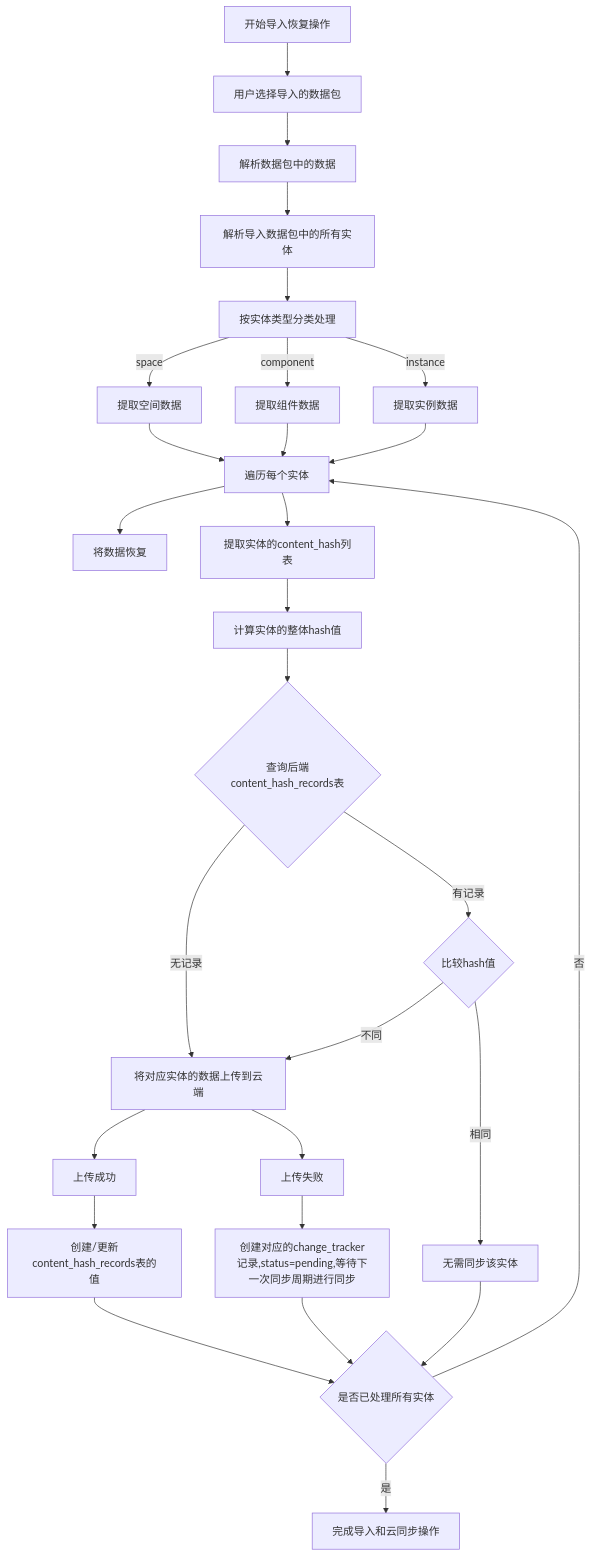
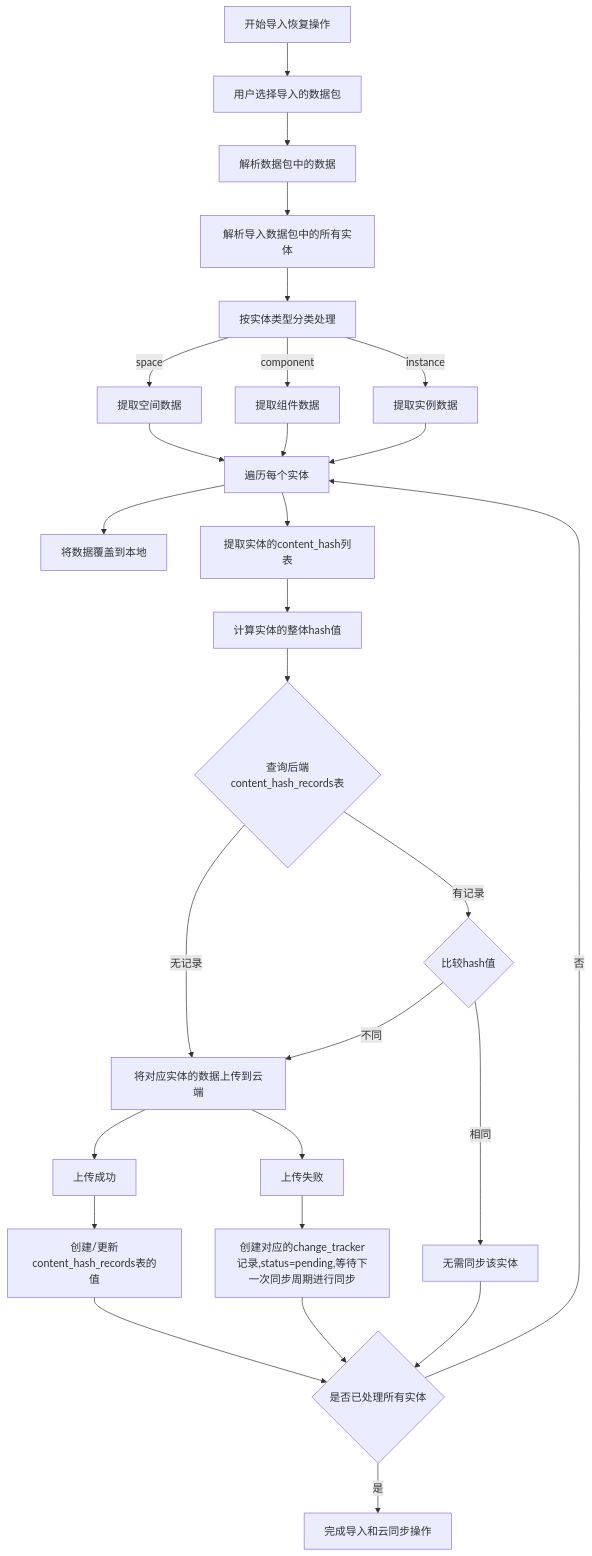
One commit to yingjianzh/iodraw-files changed the diagram in all/未命名-45.md. Above: the diagram before and after it, drawn with Mermaid.

Commit message:
2025-04-27 18:02:20 update

````diff
--- a/all/未命名-45.md
+++ b/all/未命名-45.md
@@ -1,44 +1,44 @@
 ```mermaid
 
 flowchart TD
     A[开始导入恢复操作] --> B[用户选择导入的数据包]
     B --> C[解析数据包中的数据]
     
     C --> D[解析导入数据包中的所有实体]
     D --> G[按实体类型分类处理]
     
     G -->|space| H1[提取空间数据]
     G -->|component| H2[提取组件数据]
     G -->|instance| H3[提取实例数据]
     
     H1 --> I[遍历每个实体]
     H2 --> I
     H3 --> I
     
-    I --> Save[将数据恢复]
+    I --> Save[将数据覆盖到本地]
     I --> J[提取实体的content_hash列表]
     J --> K[计算实体的整体hash值]
     
     K --> L{查询后端content_hash_records表}
     L -->|无记录| M1[将对应实体的数据上传到云端]
     M1 --> N1[上传成功]
     M1 --> N2[上传失败]
     
     N2 --> N3[创建对应的change_tracker记录,status=pending,等待下一次同步周期进行同步]
     N3 --> S
     N1 --> M4[创建/更新content_hash_records表的值]
 
 
     L -->|有记录| M2{比较hash值}
     M2 -->|不同| M1
 
     M2 -->|相同| M3[无需同步该实体]
     
     
     M3 --> S{是否已处理所有实体}
     M4 --> S{是否已处理所有实体}
     
     S -->|否| I
     S -->|是| T[完成导入和云同步操作]
 
 ```
````
